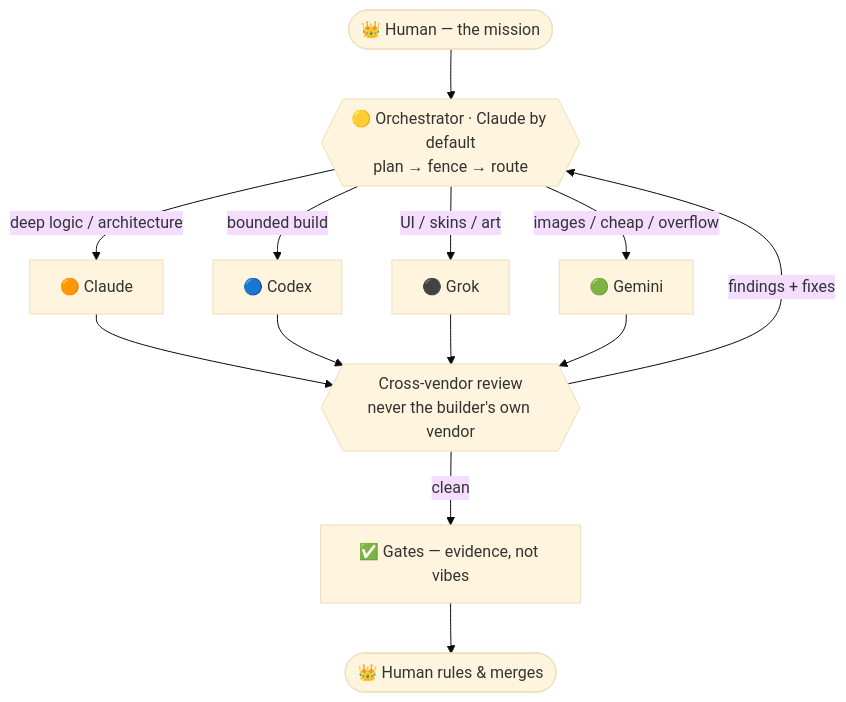
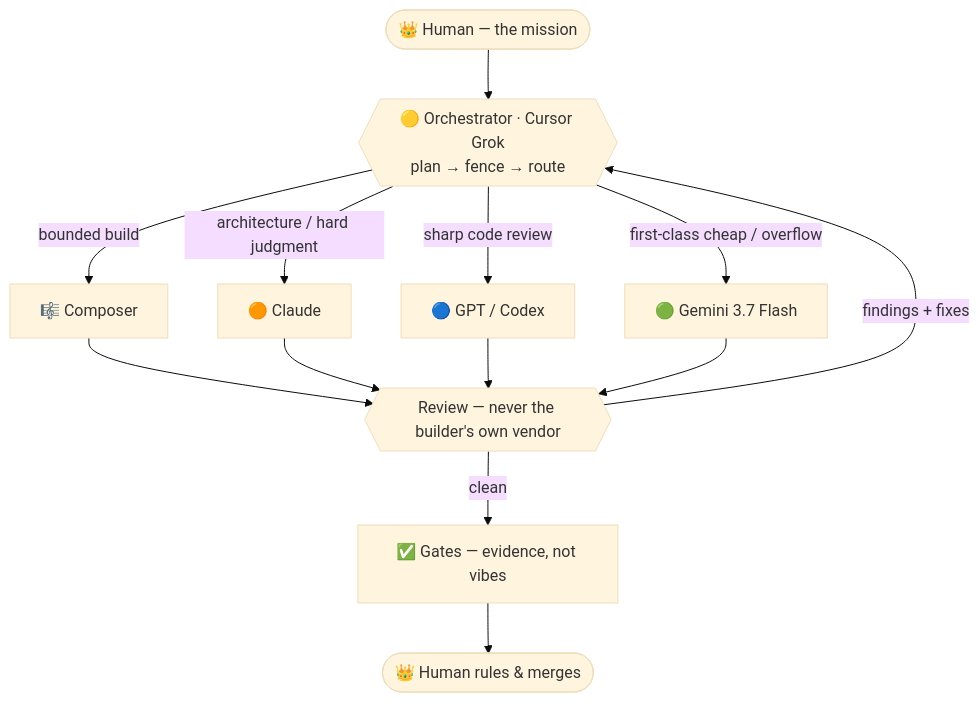
The diagram in README.md (medick51o/andersons-dispatch-deck), drawn with Mermaid (base theme) before and after one commit. The commit also changed other lines of this file and 1 other file, not shown here.

Commit message:
cursor-v2: Cursor-edition landing page — Grok gold, Composer builds.

````diff
--- a/README.md
+++ b/README.md
@@ -32,15 +39,15 @@
 ```mermaid
 flowchart TD
-    H([👑 Human — the mission]) --> O{{🟡 Orchestrator · Claude by default<br/>plan → fence → route}}
-    O -->|deep logic / architecture| C[🟠 Claude]
-    O -->|bounded build| X[🔵 Codex]
-    O -->|UI / skins / art| G[⚫ Grok]
-    O -->|images / cheap / overflow| M[🟢 Gemini]
-    C --> R{{Cross-vendor review<br/>never the builder's own vendor}}
+    H([👑 Human — the mission]) --> O{{🟡 Orchestrator · Cursor Grok<br/>plan → fence → route}}
+    O -->|bounded build| P[🎼 Composer]
+    O -->|architecture / hard judgment| C[🟠 Claude]
+    O -->|sharp code review| X[🔵 GPT / Codex]
+    O -->|first-class cheap / overflow| M[🟢 Gemini 3.7 Flash]
+    P --> R{{Review — never the builder's own vendor}}
+    C --> R
     X --> R
-    G --> R
     M --> R
     R -->|findings + fixes| O
     R -->|clean| GT[✅ Gates — evidence, not vibes]
     GT --> D([👑 Human rules & merges])
 ```
````
